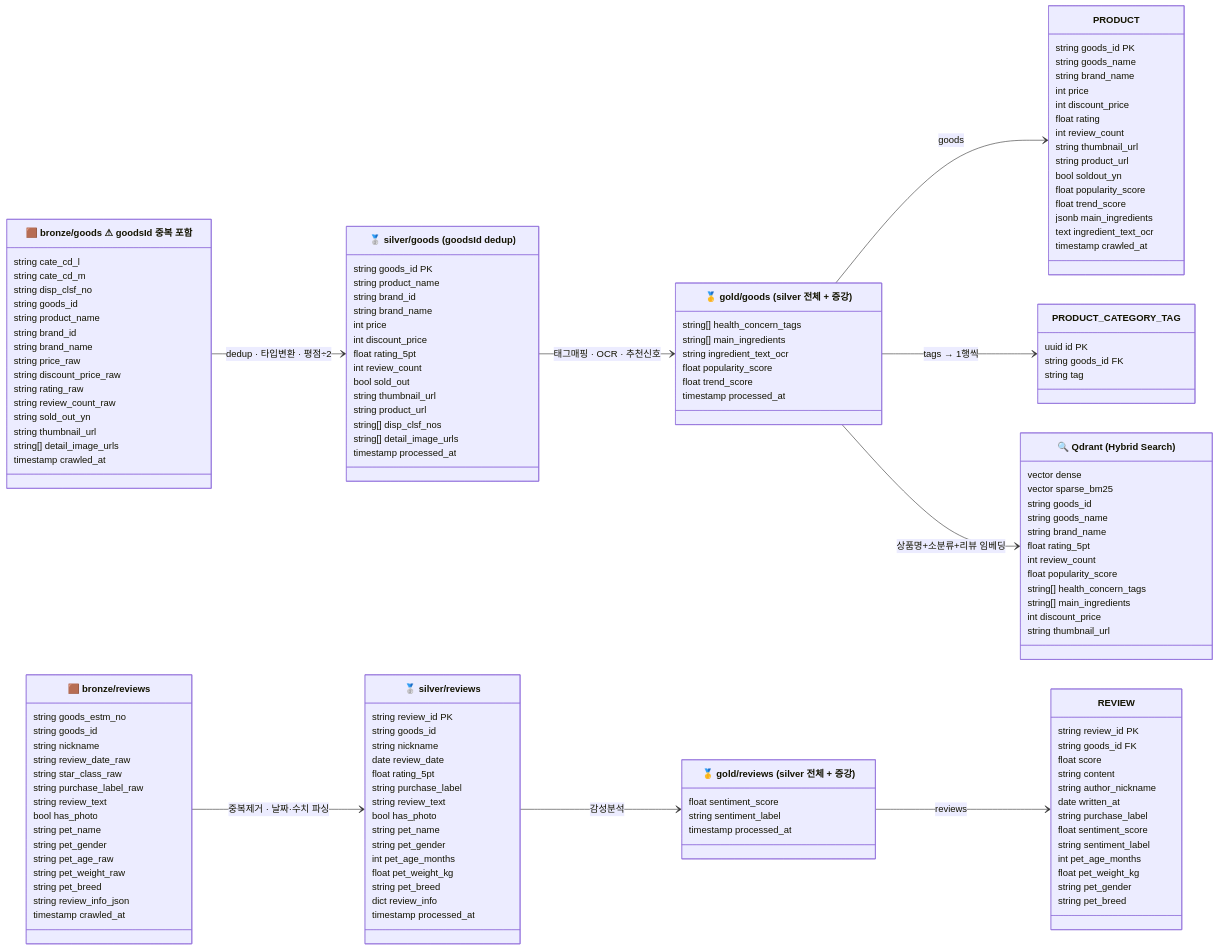
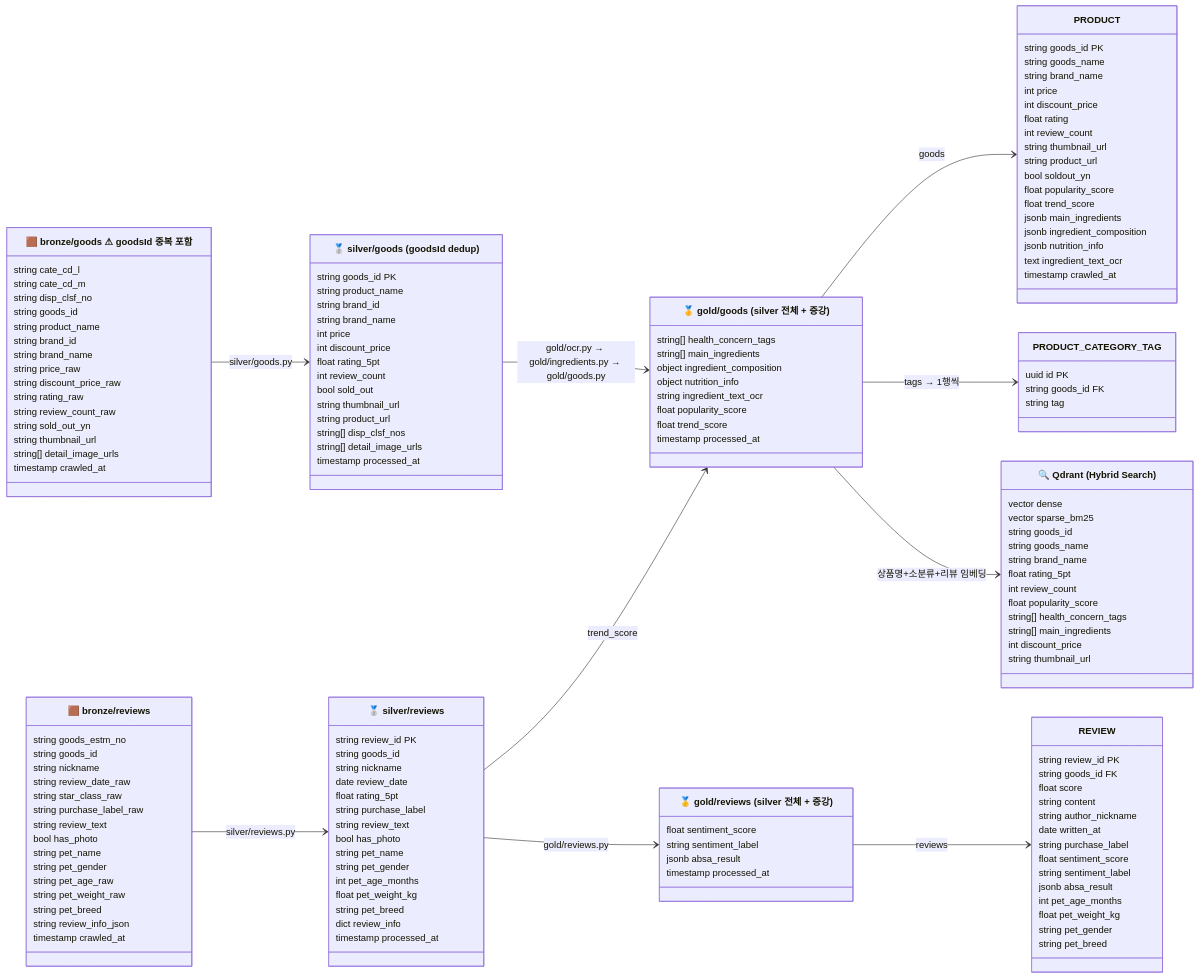
The second of 2 diagrams in docs/data/03_medallion_schema.md (skn-ai22-251029/SKN22-Final-2Team-WEB), drawn with Mermaid before and after one commit. The commit also changed other lines of this file and 5 other files, not shown here.

```diff
--- a/docs/data/03_medallion_schema.md
+++ b/docs/data/03_medallion_schema.md
@@ -85,6 +133,8 @@
     class GoldGoods["🥇 gold/goods  (silver 전체 + 증강)"] {
         string[]  health_concern_tags
         string[]  main_ingredients
+        object    ingredient_composition
+        object    nutrition_info
         string    ingredient_text_ocr
         float     popularity_score
         float     trend_score
@@ -94,6 +144,7 @@
     class GoldReviews["🥇 gold/reviews  (silver 전체 + 증강)"] {
         float   sentiment_score
         string  sentiment_label
+        jsonb   absa_result
         timestamp processed_at
     }
 
@@ -111,6 +162,8 @@
         float   popularity_score
         float   trend_score
         jsonb   main_ingredients
+        jsonb   ingredient_composition
+        jsonb   nutrition_info
         text    ingredient_text_ocr
         timestamp crawled_at
     }
@@ -131,6 +184,7 @@
         string  purchase_label
         float   sentiment_score
         string  sentiment_label
+        jsonb   absa_result
         int     pet_age_months
         float   pet_weight_kg
         string  pet_gender
@@ -152,10 +206,11 @@
         string  thumbnail_url
     }
 
-    BronzeGoods  --> SilverGoods   : dedup · 타입변환 · 평점÷2
-    BronzeReviews --> SilverReviews : 중복제거 · 날짜·수치 파싱
-    SilverGoods  --> GoldGoods     : 태그매핑 · OCR · 추천신호
-    SilverReviews --> GoldReviews  : 감성분석
+    BronzeGoods   --> SilverGoods    : silver/goods.py
+    BronzeReviews --> SilverReviews  : silver/reviews.py
+    SilverGoods   --> GoldGoods      : gold/ocr.py → gold/ingredients.py → gold/goods.py
+    SilverReviews --> GoldGoods      : trend_score
+    SilverReviews --> GoldReviews    : gold/reviews.py
     GoldGoods    --> PRODUCT       : goods
     GoldGoods    --> PRODUCT_CATEGORY_TAG : tags → 1행씩
     GoldReviews  --> REVIEW        : reviews
```
